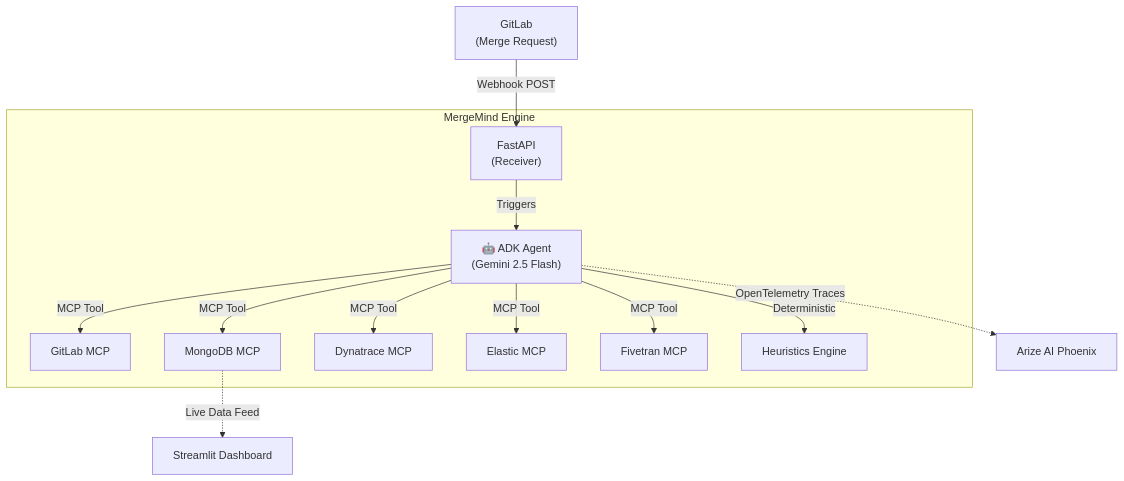
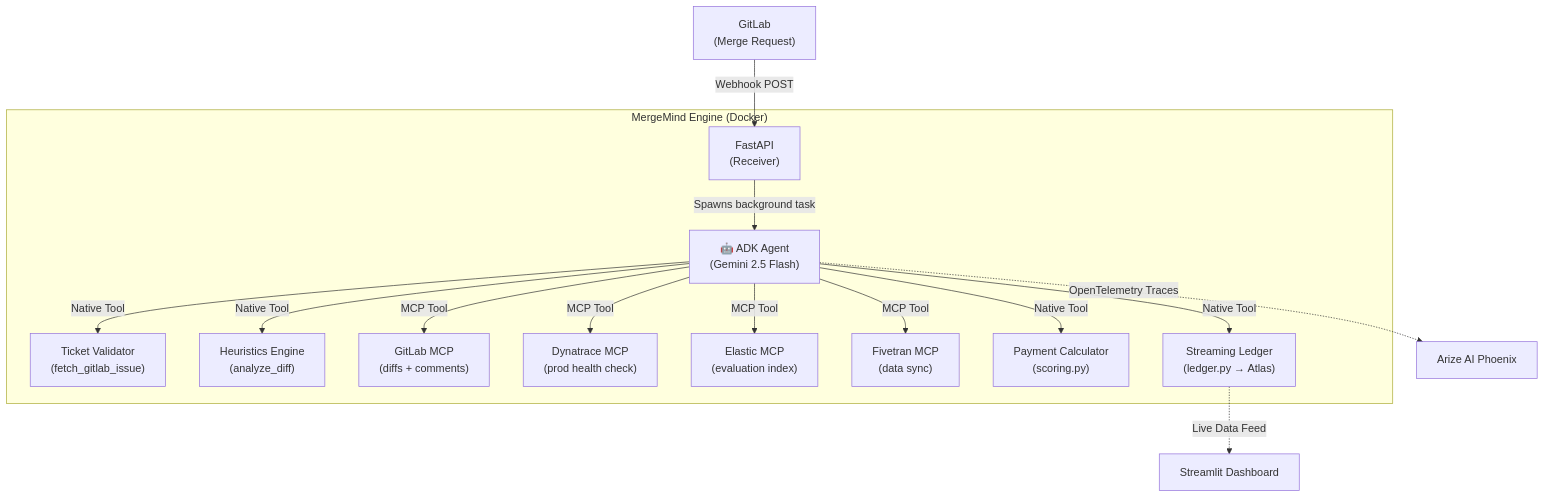
The diagram in README.md (AdhamSattawi/MergeMind), drawn with Mermaid before and after one commit. The commit also changed other lines of this file, not shown here.

Commit message:
docs: rewrite README to reflect current architecture and all recent changes

````diff
--- a/README.md
+++ b/README.md
@@ -28,18 +35,20 @@
 ```mermaid
 flowchart TD
     GL["GitLab\n(Merge Request)"] -- "Webhook POST" --> FA["FastAPI\n(Receiver)"]
-    
-    subgraph "MergeMind Engine"
-        FA -- "Triggers" --> AGENT["🤖 ADK Agent\n(Gemini 2.5 Flash)"]
-        
-        AGENT -- "MCP Tool" --> T1["GitLab MCP"]
-        AGENT -- "MCP Tool" --> T2["MongoDB MCP"]
-        AGENT -- "MCP Tool" --> T3["Dynatrace MCP"]
-        AGENT -- "MCP Tool" --> T4["Elastic MCP"]
-        AGENT -- "MCP Tool" --> T5["Fivetran MCP"]
-        AGENT -- "Deterministic" --> T6["Heuristics Engine"]
+
+    subgraph "MergeMind Engine (Docker)"
+        FA -- "Spawns background task" --> AGENT["🤖 ADK Agent\n(Gemini 2.5 Flash)"]
+
+        AGENT -- "Native Tool" --> TV["Ticket Validator\n(fetch_gitlab_issue)"]
+        AGENT -- "Native Tool" --> HD["Heuristics Engine\n(analyze_diff)"]
+        AGENT -- "MCP Tool" --> T1["GitLab MCP\n(diffs + comments)"]
+        AGENT -- "MCP Tool" --> T3["Dynatrace MCP\n(prod health check)"]
+        AGENT -- "MCP Tool" --> T4["Elastic MCP\n(evaluation index)"]
+        AGENT -- "MCP Tool" --> T5["Fivetran MCP\n(data sync)"]
+        AGENT -- "Native Tool" --> SC["Payment Calculator\n(scoring.py)"]
+        AGENT -- "Native Tool" --> LG["Streaming Ledger\n(ledger.py → Atlas)"]
     end
-    
+
     AGENT -. "OpenTelemetry Traces" .-> AR["Arize AI Phoenix"]
-    T2 -. "Live Data Feed" .-> ST["Streamlit Dashboard"]
+    LG -. "Live Data Feed" .-> ST["Streamlit Dashboard"]
 ```
````
